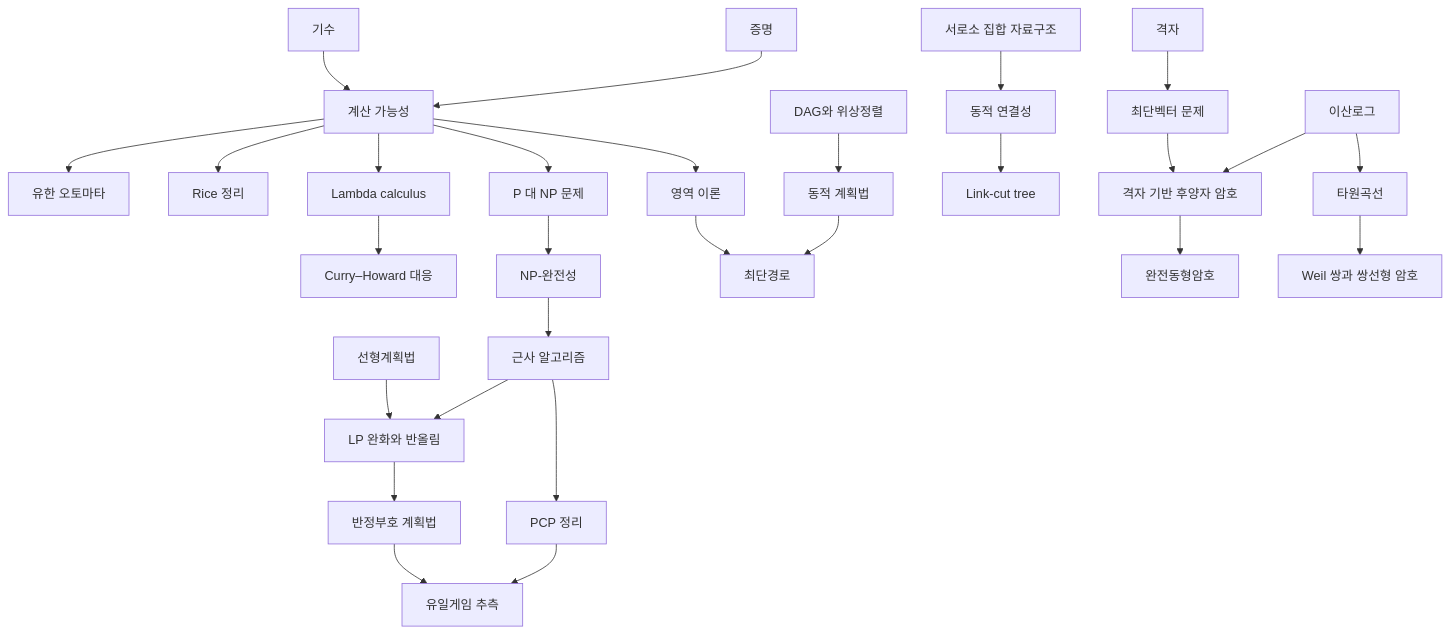
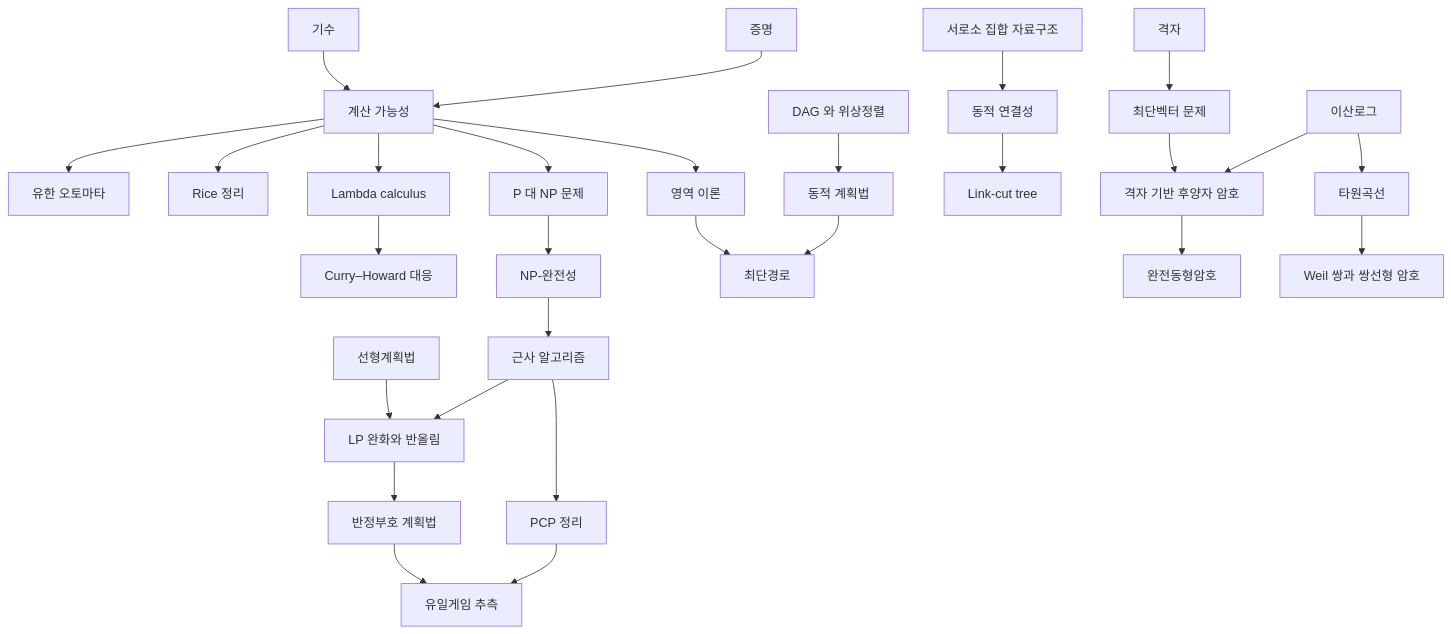
The diagram in docs/computation-overview.md (Phryxia/math-map), drawn with Mermaid before and after one commit. The commit also changed 15 other files, not shown here.

````diff
--- a/docs/computation-overview.md
+++ b/docs/computation-overview.md
@@ -13,30 +13,30 @@
 ```mermaid
 graph TD
   PF["증명"] --> CB["계산 가능성"]
   CA["기수"] --> CB
   CB --> FA["유한 오토마타"]
   CB --> RT["Rice 정리"]
   CB --> LC["Lambda calculus"]
   CB --> DT["영역 이론"]
   LC --> CH["Curry–Howard 대응"]
   CB --> PN["P 대 NP 문제"]
   PN --> NPC["NP-완전성"]
   NPC --> AA["근사 알고리즘"]
   AA --> LPR["LP 완화와 반올림"]
   AA --> PCP["PCP 정리"]
   PCP --> UG["유일게임 추측"]
   LP["선형계획법"] --> LPR
   LPR --> SDP["반정부호 계획법"]
   SDP --> UG
-  DAG["DAG와 위상정렬"] --> DP["동적 계획법"]
+  DAG["DAG 와 위상정렬"] --> DP["동적 계획법"]
   DP --> SP["최단경로"]
   DT --> SP
   UF["서로소 집합 자료구조"] --> DC["동적 연결성"]
   DC --> LCT["Link-cut tree"]
   DL["이산로그"] --> PQ["격자 기반 후양자 암호"]
   LA["격자"] --> SVP["최단벡터 문제"]
   SVP --> PQ
   PQ --> HE["완전동형암호"]
   DL --> EC["타원곡선"]
   EC --> PBC["Weil 쌍과 쌍선형 암호"]
 ```
````
